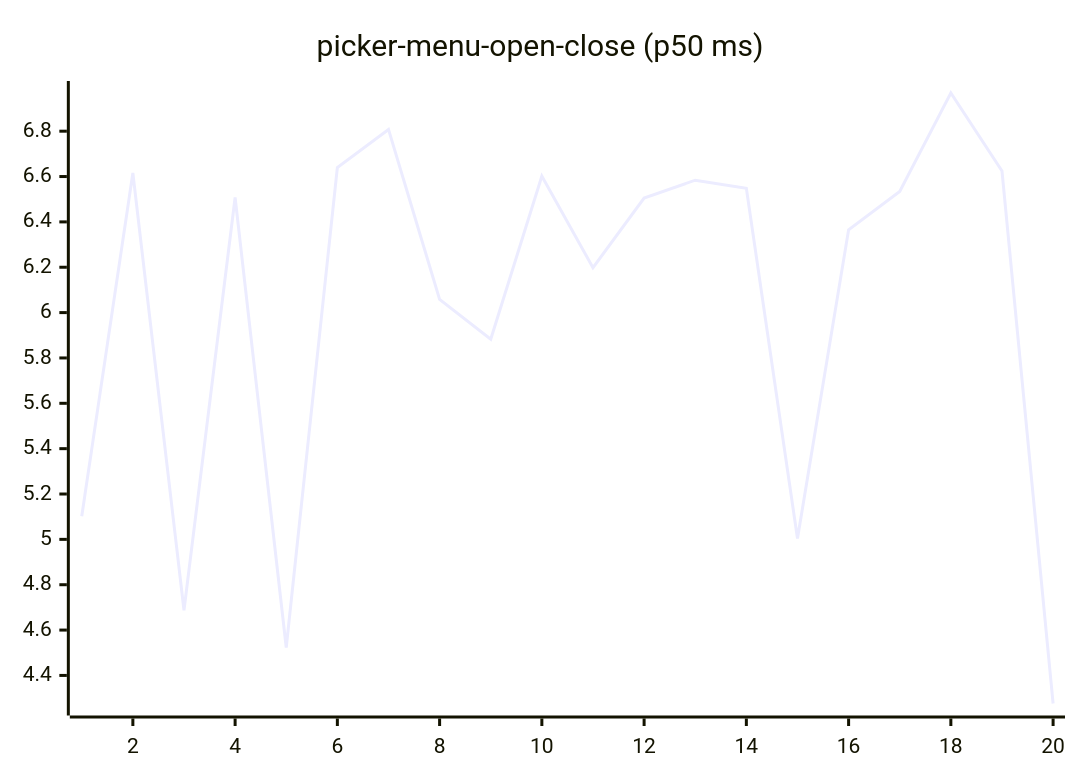
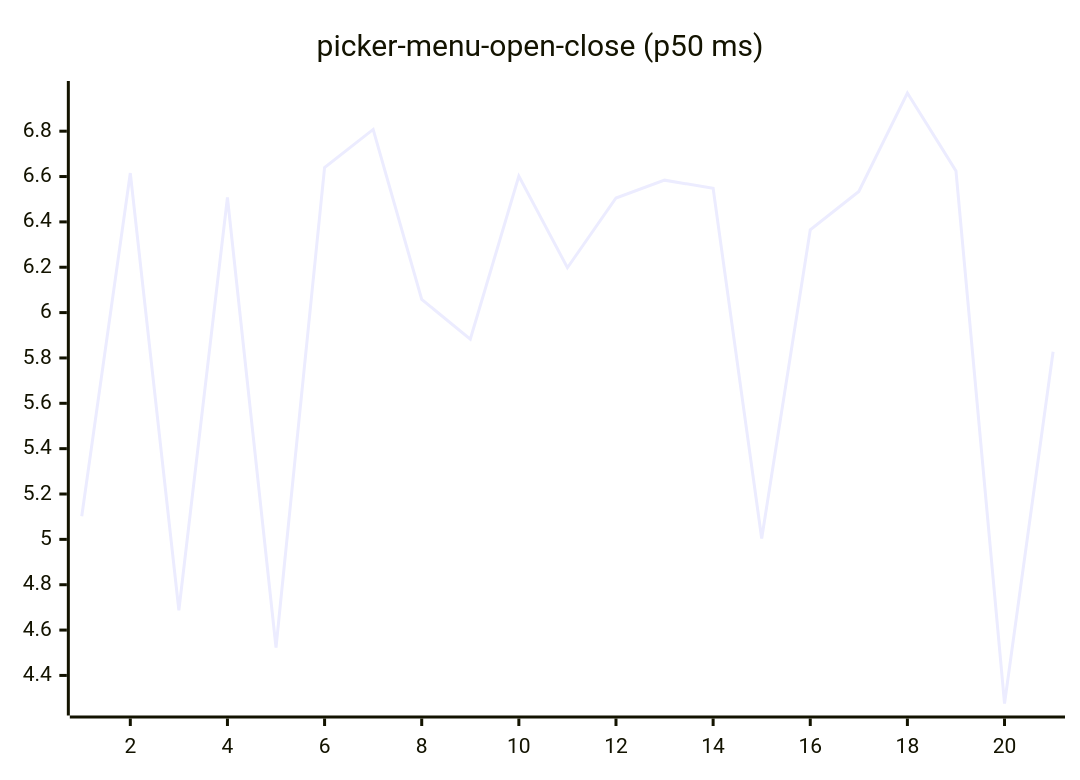
Before and after one commit to josha/Facet: diagram 16 of 27 in README.md, drawn with Mermaid. The commit also changed other lines of this file and 2 other files, not shown here.

````diff
--- a/README.md
+++ b/README.md
@@ -168,6 +168,6 @@
 ```mermaid
 xychart-beta
     title "picker-menu-open-close (p50 ms)"
-    x-axis 1 --> 20
-    line [5.1020, 6.6154, 4.6873, 6.5076, 4.5232, 6.6400, 6.8077, 6.0581, 5.8829, 6.6018, 6.1978, 6.5053, 6.5840, 6.5483, 5.0039, 6.3653, 6.5343, 6.9684, 6.6249, 4.2762]
+    x-axis 1 --> 21
+    line [5.1020, 6.6154, 4.6873, 6.5076, 4.5232, 6.6400, 6.8077, 6.0581, 5.8829, 6.6018, 6.1978, 6.5053, 6.5840, 6.5483, 5.0039, 6.3653, 6.5343, 6.9684, 6.6249, 4.2762, 5.8275]
 ```
````
